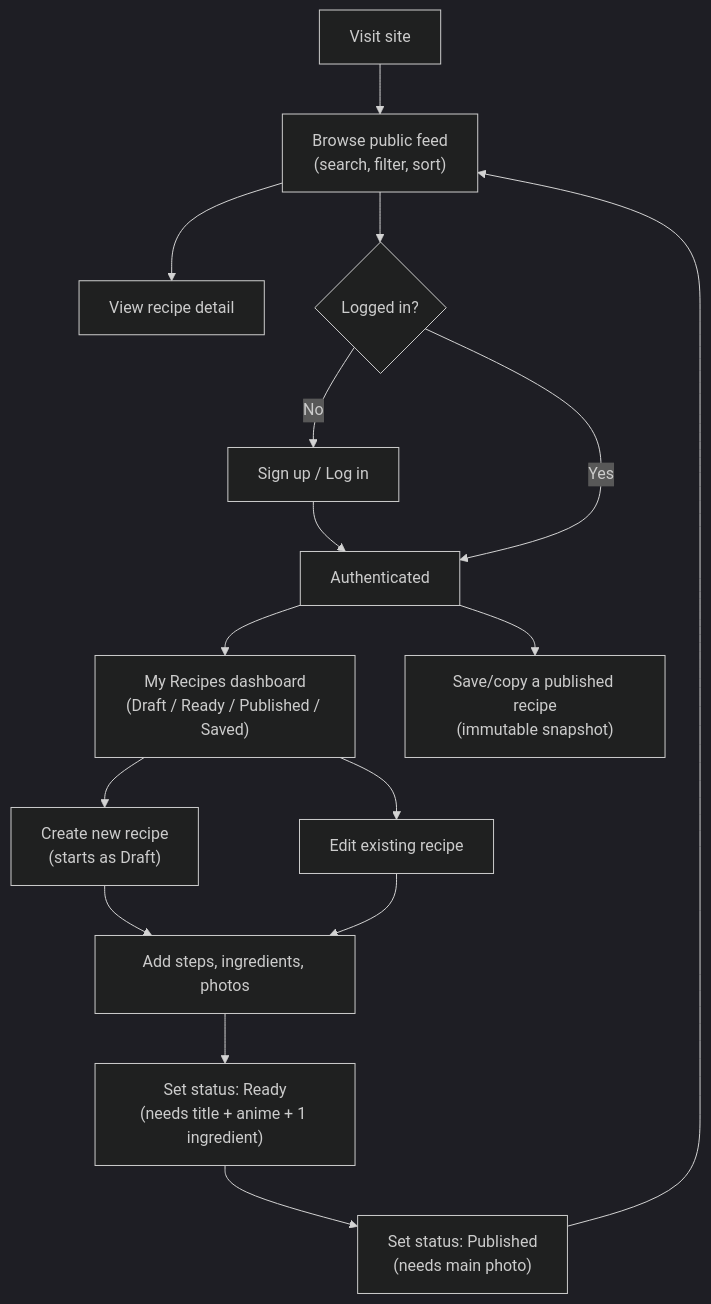
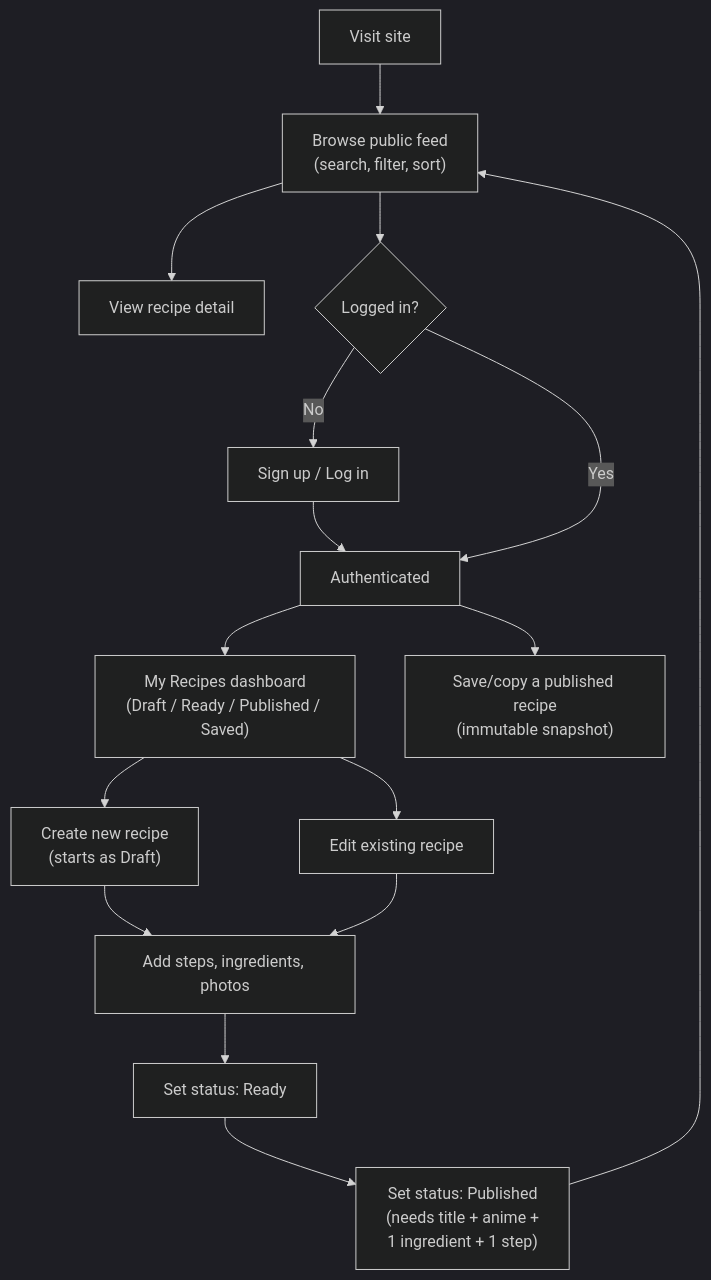
The second of 6 diagrams in app/docs/diagrams.md (XavierLaforgue/holbertonschool-portfolio), drawn with Mermaid (dark theme) before and after one commit.

Commit message:
Fix publish requirements in user flow diagram
Moving a recipe to Ready has no requirement. Publishing requires a Ready recipe with a title, an anime, at least one ingredient and at least one step (see set_status in recipes/views.py). No photo is required.

````diff
--- a/app/docs/diagrams.md
+++ b/app/docs/diagrams.md
@@ -48,23 +48,23 @@
 ```mermaid
 flowchart TD
     Visit["Visit site"] --> Feed["Browse public feed\n(search, filter, sort)"]
     Feed --> ViewRecipe["View recipe detail"]
     Feed --> Auth{"Logged in?"}
 
     Auth -->|No| LoginSignup["Sign up / Log in"]
     LoginSignup --> AuthDone["Authenticated"]
     Auth -->|Yes| AuthDone
 
     AuthDone --> MyRecipes["My Recipes dashboard\n(Draft / Ready / Published / Saved)"]
     AuthDone --> SaveCopy["Save/copy a published recipe\n(immutable snapshot)"]
 
     MyRecipes --> Create["Create new recipe\n(starts as Draft)"]
     MyRecipes --> Edit["Edit existing recipe"]
 
     Create --> AddContent["Add steps, ingredients, photos"]
     Edit --> AddContent
 
-    AddContent --> Ready["Set status: Ready\n(needs title + anime + 1 ingredient)"]
-    Ready --> Publish["Set status: Published\n(needs main photo)"]
+    AddContent --> Ready["Set status: Ready"]
+    Ready --> Publish["Set status: Published\n(needs title + anime +\n1 ingredient + 1 step)"]
     Publish --> Feed
 ```
````
